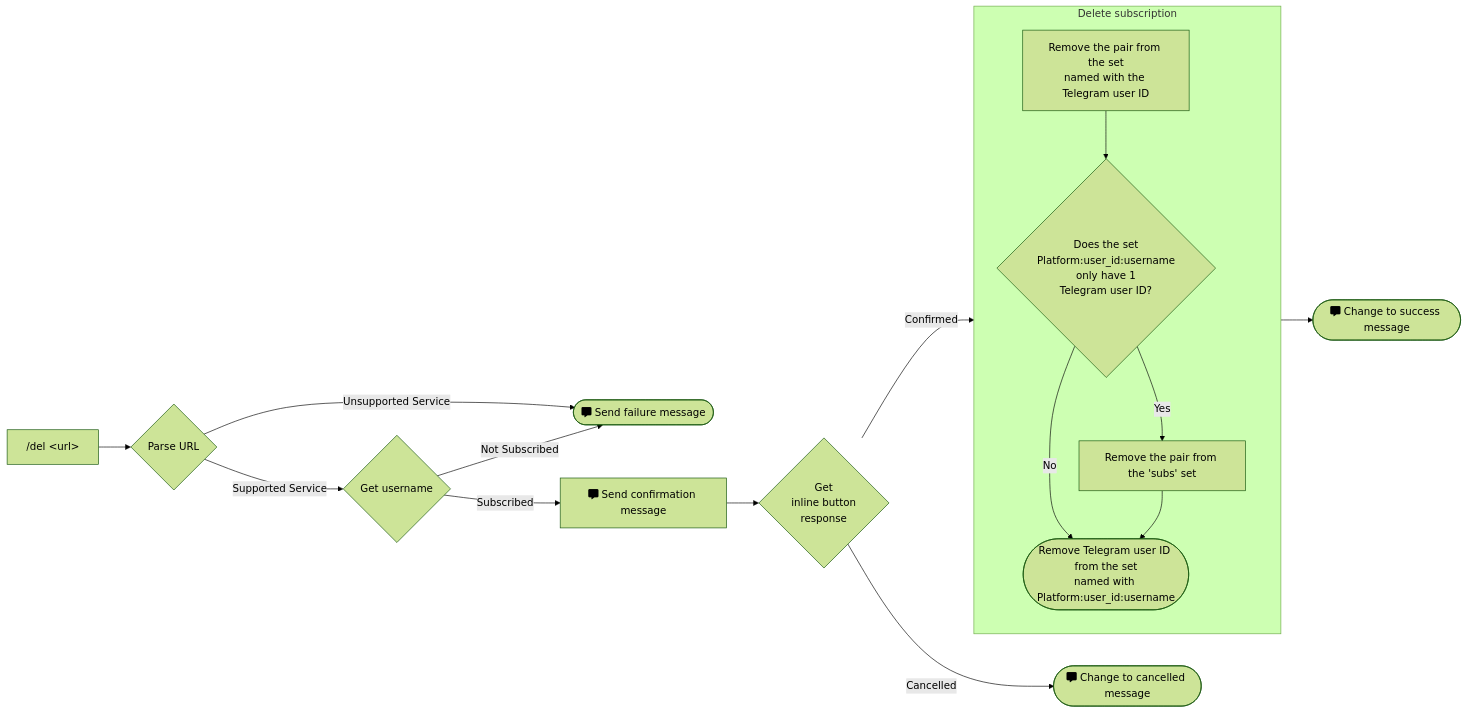
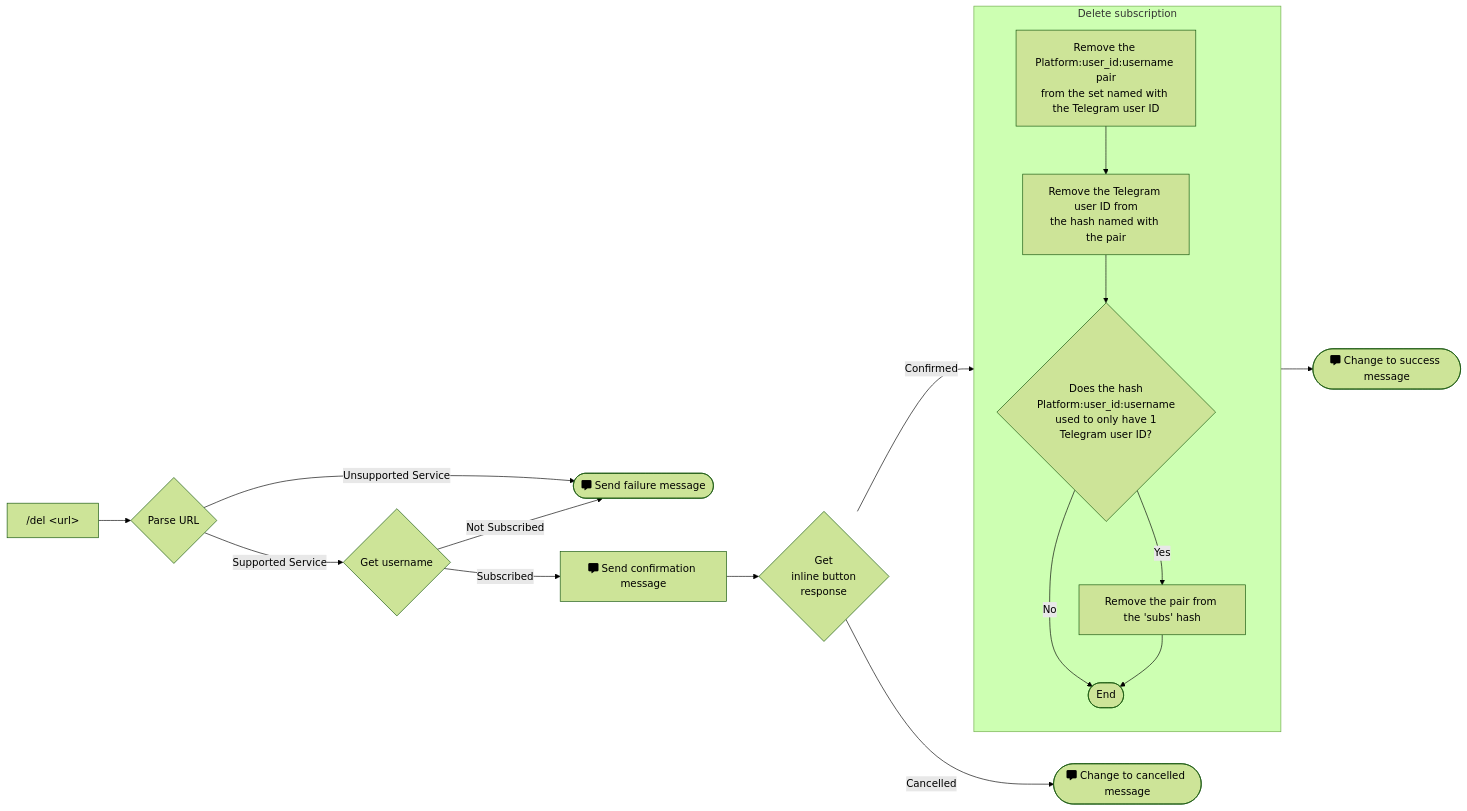
Before and after one commit to mikelei8291/Telescope: the second of 3 diagrams in Design.md, drawn with Mermaid (forest theme). The commit also changed other lines of this file, not shown here.

Commit message:
doc: update workflow on adding and deleting subscriptions

````diff
--- a/Design.md
+++ b/Design.md
@@ -30,19 +30,20 @@
   ```mermaid
   flowchart LR
     subgraph s1["Delete subscription"]
-      n1["Remove the pair from the set<br>named with the Telegram user ID"]
-      n1 --> n2{"Does the set<br>Platform:user_id:username<br>only have 1<br>Telegram user ID?"}
-      n2 -- Yes --> n3["Remove the pair from the 'subs' set"]
-      n2 -- No --> n4(["Remove Telegram user ID from the set<br>named with Platform:user_id:username"])
-      n3 --> n4
+      n1["Remove the Platform:user_id:username pair<br>from the set named with the Telegram user ID"]
+      n1 --> n2["Remove the Telegram user ID from<br>the hash named with the pair"]
+      n2 --> n3{"Does the hash<br>Platform:user_id:username<br>used to only have 1<br>Telegram user ID?"}
+      n3 -- Yes --> n4["Remove the pair from the 'subs' hash"]
+      n3 -- No --> n5(["End"])
+      n4 --> n5
     end
     A["/del &lt;url&gt;"] --> B{"Parse URL"}
     B -- Supported Service --> C{"Get username"}
     B -- Unsupported Service --> D(["fa:fa-message Send failure message"])
     C -- Not Subscribed --> D
     C -- Subscribed --> E["fa:fa-message Send confirmation message"]
     E --> F{"Get<br>inline button<br>response"}
     F -- Confirmed --> s1
     s1 --> H(["fa:fa-message Change to success message"])
     F -- Cancelled --> I(["fa:fa-message Change to cancelled message"])
   ```
````
